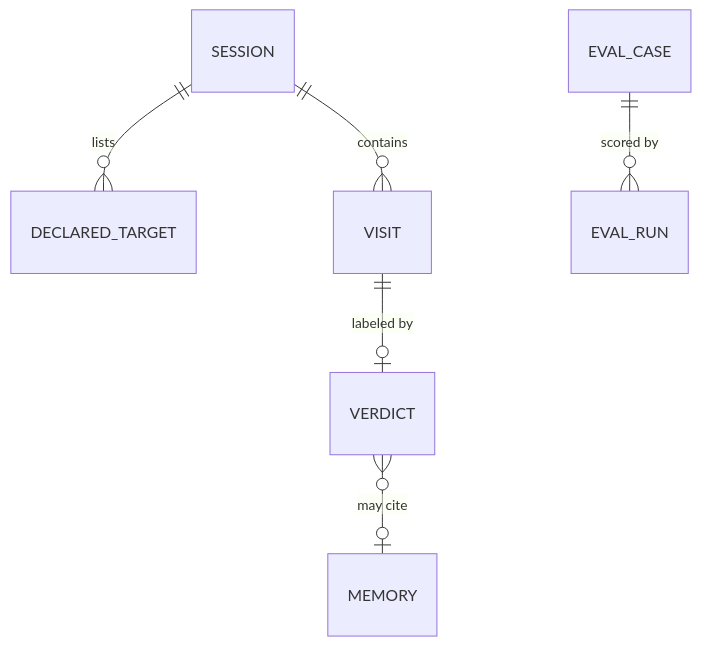
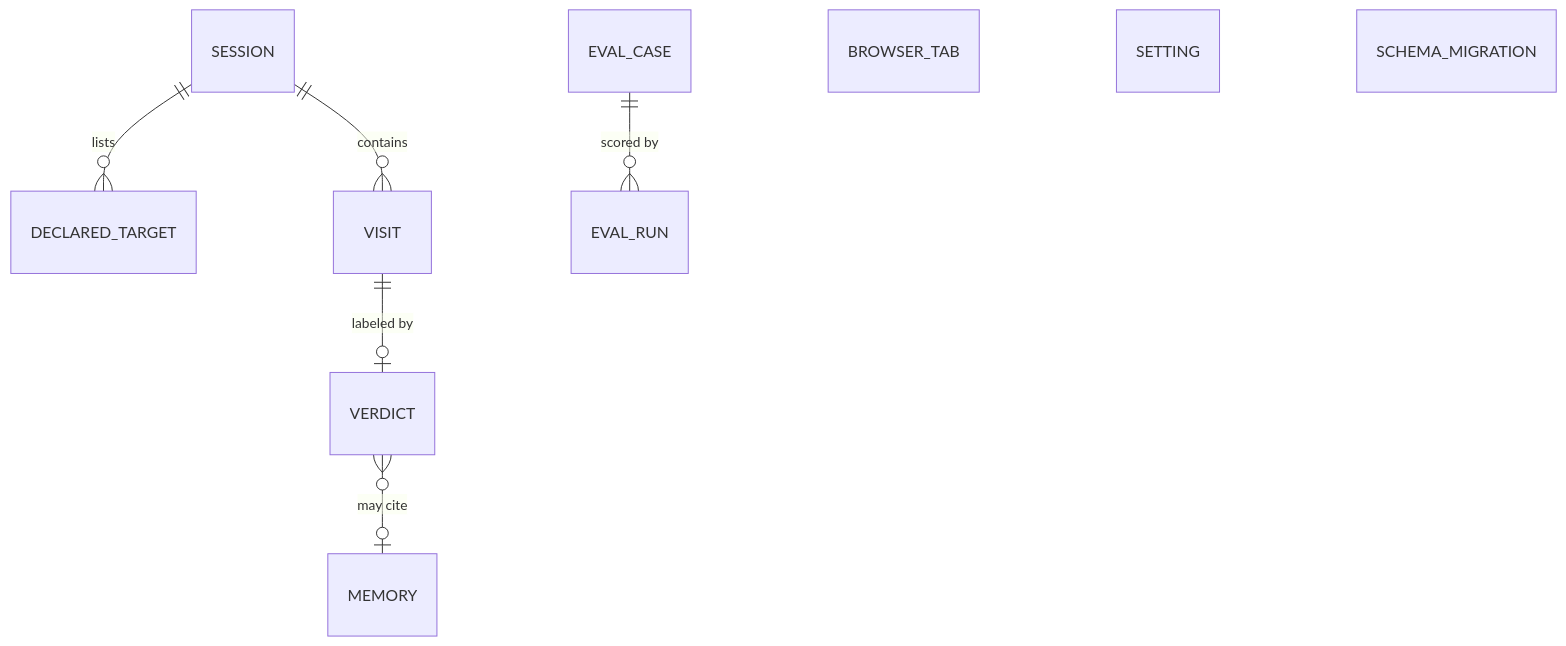
One commit to Alexandre-Nevero/focuslocal changed the diagram in docs/data-model.md. Above: the diagram before and after it, drawn with Mermaid. The commit also changed other lines of this file and 3 other files, not shown here.

````diff
--- a/docs/data-model.md
+++ b/docs/data-model.md
@@ -17,8 +17,11 @@
 ```mermaid
 erDiagram
   SESSION ||--o{ DECLARED_TARGET : "lists"
   SESSION ||--o{ VISIT : "contains"
   VISIT ||--o| VERDICT : "labeled by"
   VERDICT }o--o| MEMORY : "may cite"
   EVAL_CASE ||--o{ EVAL_RUN : "scored by"
+  BROWSER_TAB
+  SETTING
+  SCHEMA_MIGRATION
 ```
````
